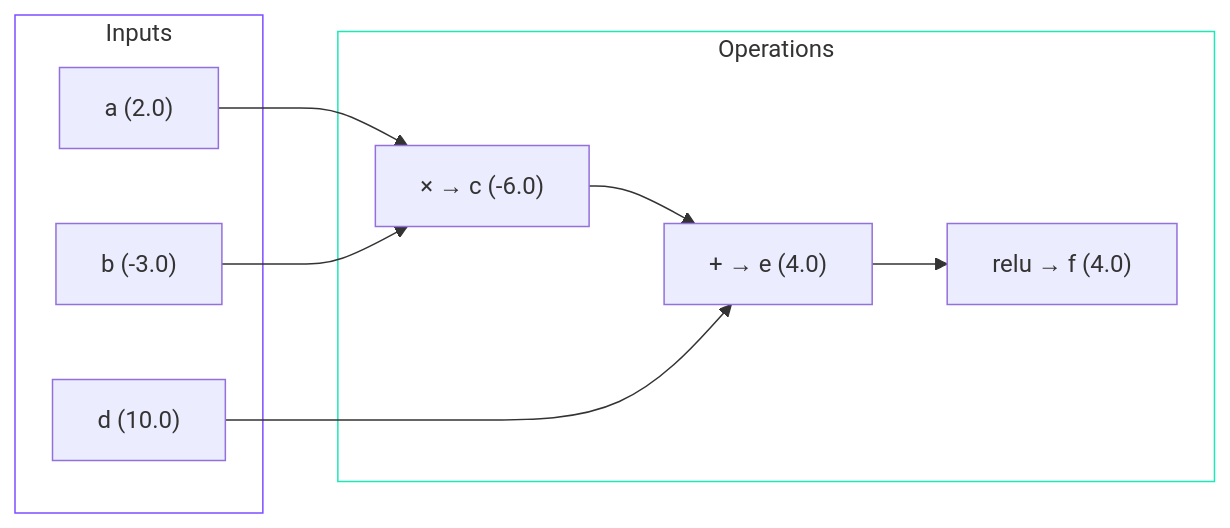
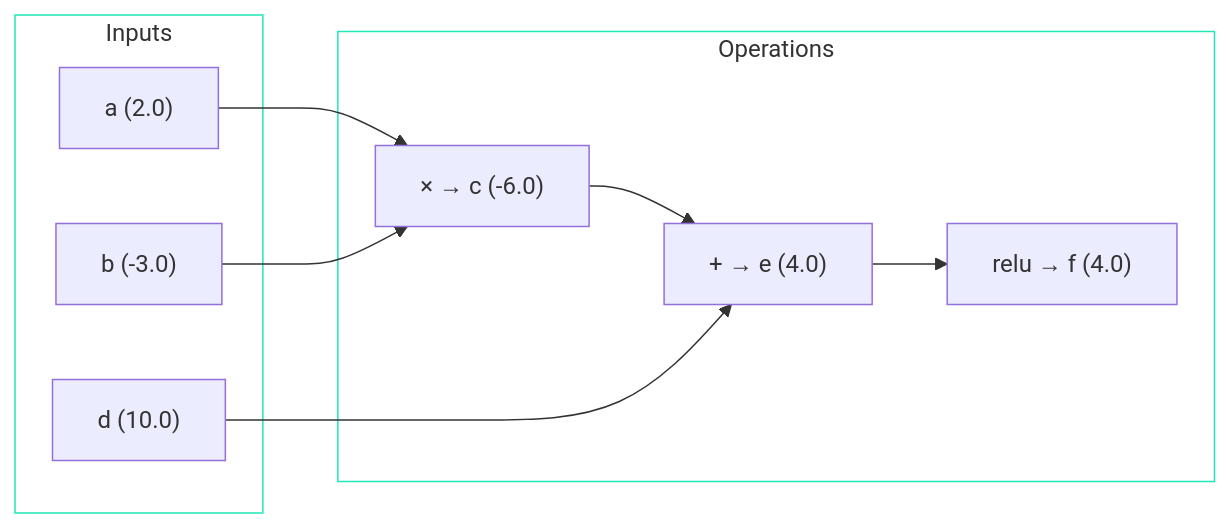
One commit to iamkhalid2/microgpt-course changed the second of 2 diagrams in docs/02-calculus-and-autograd/03-forward-pass.md. Above: the diagram before and after it, drawn with Mermaid. The commit also changed other lines of this file and 23 other files, not shown here.

````diff
--- a/docs/02-calculus-and-autograd/03-forward-pass.md
+++ b/docs/02-calculus-and-autograd/03-forward-pass.md
@@ -105,25 +105,25 @@
 ```mermaid
 flowchart LR
     direction LR
 
     subgraph inputs["Inputs"]
         A["a (2.0)"]
         B["b (-3.0)"]
         D["d (10.0)"]
     end
 
     subgraph ops["Operations"]
         MUL["× → c (-6.0)"]
         ADD["+ → e (4.0)"]
         RELU["relu → f (4.0)"]
     end
 
     A --> MUL
     B --> MUL
     MUL --> ADD
     D --> ADD
     ADD --> RELU
 
-    style inputs fill:none,stroke:#7c4dff
+    style inputs fill:none,stroke:#1de9b6
     style ops fill:none,stroke:#1de9b6
 ```
````
